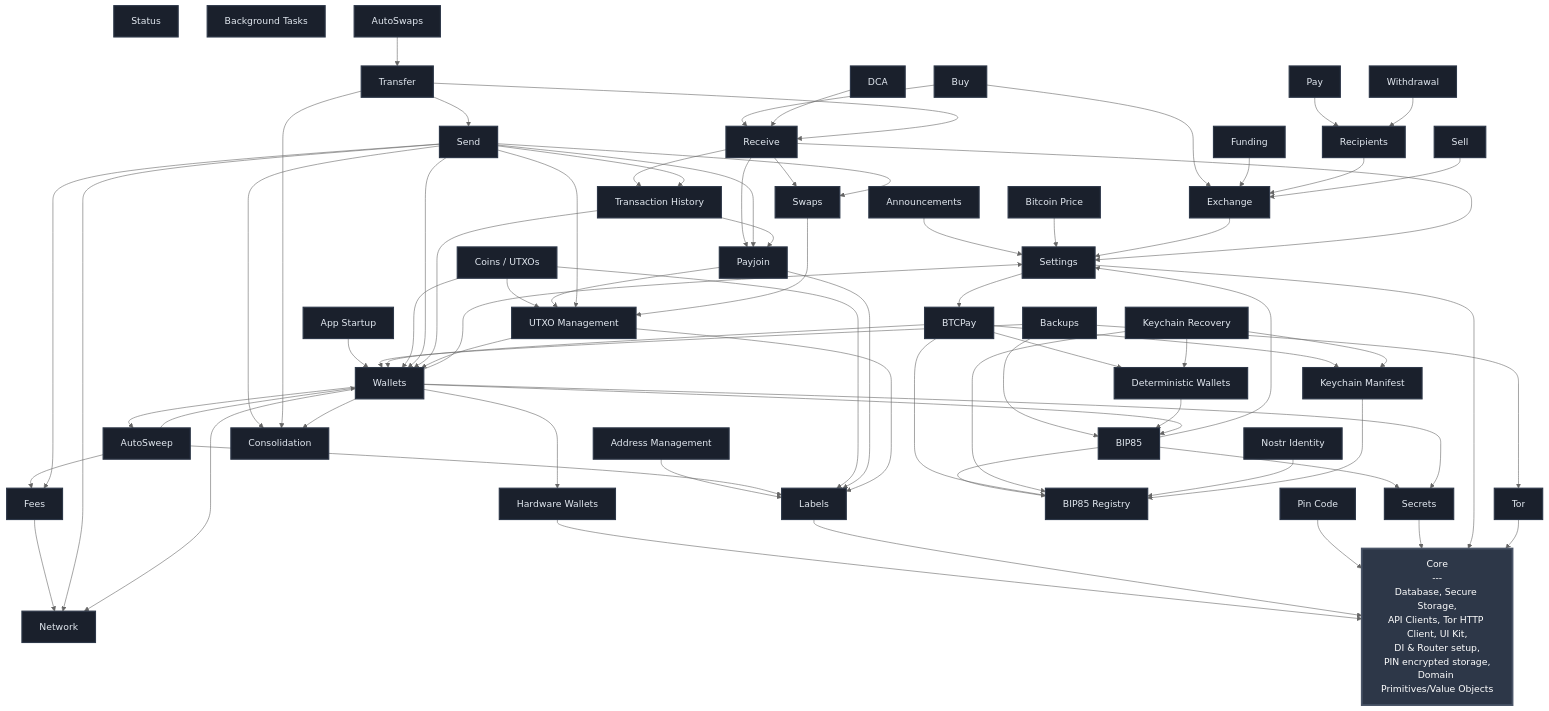
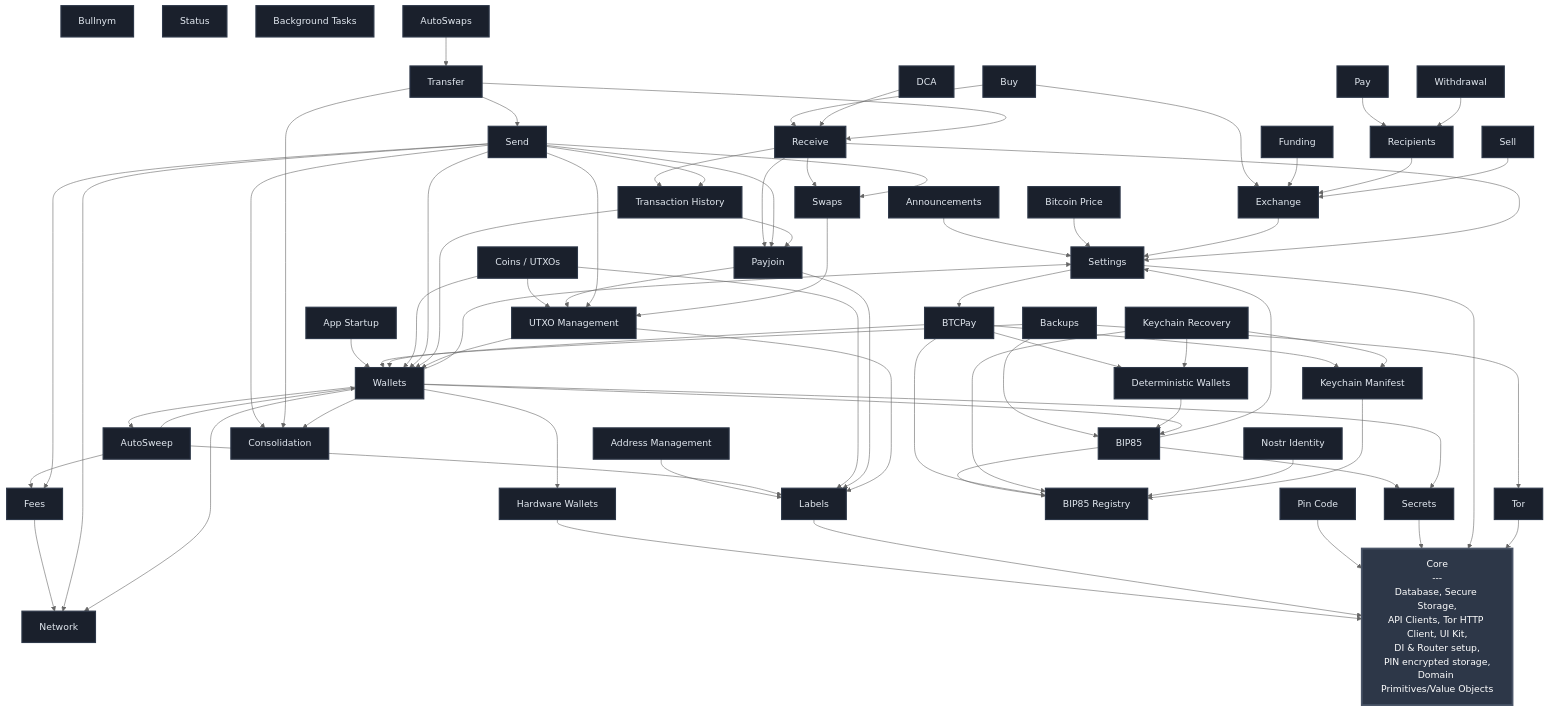
The diagram in FEATURES.md (BullishNode/bullbitcoin-mobile), drawn with Mermaid (neutral theme) before and after one commit. The commit also changed 8 other files, not shown here.

````diff
--- a/FEATURES.md
+++ b/FEATURES.md
@@ -27,6 +27,7 @@
     KEYCHAIN_MANIFEST[Keychain Manifest]
     KEYCHAIN_RECOVERY[Keychain Recovery]
     NOSTR_IDENTITY[Nostr Identity]
+    BULLNYM[Bullnym]
     FEES[Fees]
     WALLETS[Wallets]
     EXCHANGE[Exchange]
@@ -138,5 +139,5 @@
     classDef featureStyle fill:#1a202c,stroke:#2d3748,stroke-width:2px,color:#e2e8f0
 
     class CORE coreStyle
-    class SETTINGS,TOR,PIN_CODE,LABELS,SECRETS,HW_WALLETS,BTC_PRICE,BTCPAY,NETWORK,BIP85,BIP85_REGISTRY,DETERMINISTIC_WALLETS,KEYCHAIN_MANIFEST,KEYCHAIN_RECOVERY,NOSTR_IDENTITY,FEES,WALLETS,EXCHANGE,APP_STARTUP,UTXO_MGMT,ADDRESS_MGMT,RECIPIENTS,FUNDING,BACKUPS,SWAPS,PAYJOIN,WITHDRAWAL,STATUS,SEND,RECEIVE,TRANSFER,TX_HISTORY,BG_TASKS,AUTOSWAPS,AUTOSWEEP,DCA,SELL,PAY,BUY,COINS,ANNOUNCEMENTS,CONSOLIDATION featureStyle
+    class SETTINGS,TOR,PIN_CODE,LABELS,SECRETS,HW_WALLETS,BTC_PRICE,BTCPAY,NETWORK,BIP85,BIP85_REGISTRY,DETERMINISTIC_WALLETS,KEYCHAIN_MANIFEST,KEYCHAIN_RECOVERY,NOSTR_IDENTITY,BULLNYM,FEES,WALLETS,EXCHANGE,APP_STARTUP,UTXO_MGMT,ADDRESS_MGMT,RECIPIENTS,FUNDING,BACKUPS,SWAPS,PAYJOIN,WITHDRAWAL,STATUS,SEND,RECEIVE,TRANSFER,TX_HISTORY,BG_TASKS,AUTOSWAPS,AUTOSWEEP,DCA,SELL,PAY,BUY,COINS,ANNOUNCEMENTS,CONSOLIDATION featureStyle
 ```
````
